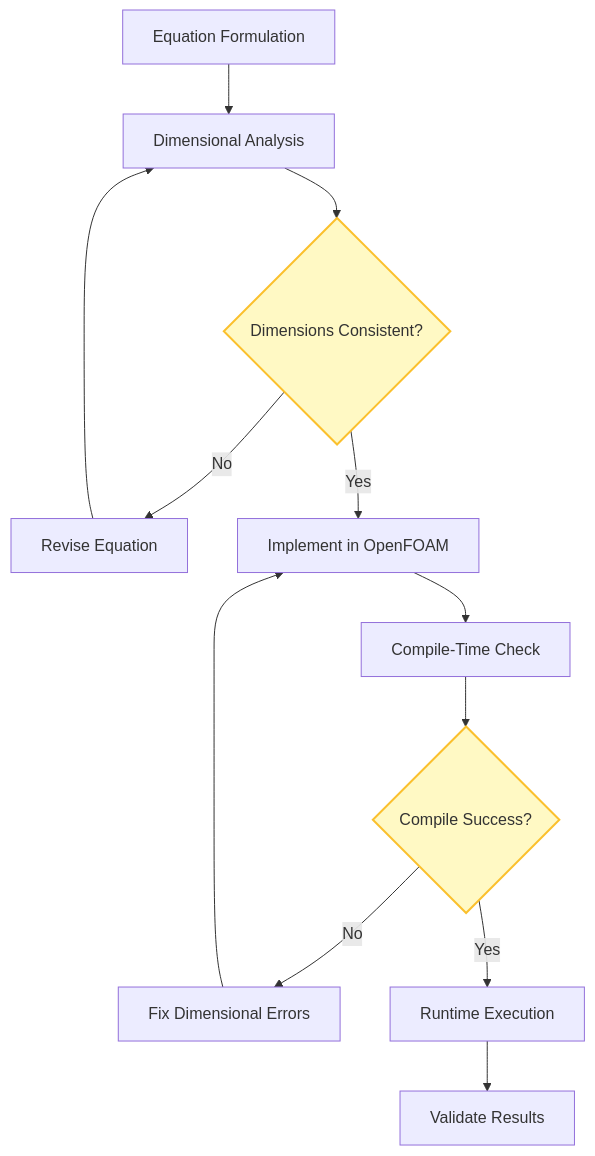
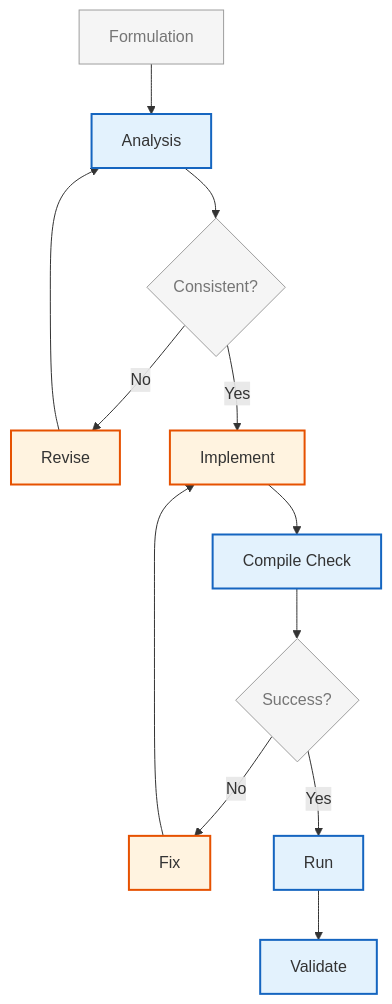
One commit to wramet/build-my-cfd changed the second of 2 diagrams in MODULE_05_OPENFOAM_PROGRAMMING/CONTENT/12_DIMENSIONAL_ANALYSIS/05_Advanced_Applications.md. Above: the diagram before and after it, drawn with Mermaid. The commit also changed other lines of this file and 313 other files, not shown here.

Commit message:
Revise all diagram

````diff
--- a/MODULE_05_OPENFOAM_PROGRAMMING/CONTENT/12_DIMENSIONAL_ANALYSIS/05_Advanced_Applications.md
+++ b/MODULE_05_OPENFOAM_PROGRAMMING/CONTENT/12_DIMENSIONAL_ANALYSIS/05_Advanced_Applications.md
@@ -638,17 +641,19 @@
 ```mermaid
 flowchart TD
-    A[Equation Formulation] --> B[Dimensional Analysis]
-    B --> C{Dimensions Consistent?}
-    C -->|No| D[Revise Equation]
-    D --> B
-    C -->|Yes| E[Implement in OpenFOAM]
-    E --> F[Compile-Time Check]
-    F --> G{Compile Success?}
-    G -->|No| H[Fix Dimensional Errors]
-    H --> E
-    G -->|Yes| I[Runtime Execution]
-    I --> J[Validate Results]
-
-    style C fill:#fff9c4,stroke:#fbc02d,stroke-width:2px
-    style G fill:#fff9c4,stroke:#fbc02d,stroke-width:2px
+%% Classes
+classDef explicit fill:#fff3e0,stroke:#e65100,stroke-width:2px;
+classDef implicit fill:#e3f2fd,stroke:#1565c0,stroke-width:2px;
+classDef context fill:#f5f5f5,stroke:#9e9e9e,stroke-width:1px,color:#757575;
+%% Nodes
+A[Formulation]:::context --> B[Analysis]:::implicit
+B --> C{Consistent?}:::context
+C -->|No| D[Revise]:::explicit
+D --> B
+C -->|Yes| E[Implement]:::explicit
+E --> F[Compile Check]:::implicit
+F --> G{Success?}:::context
+G -->|No| H[Fix]:::explicit
+H --> E
+G -->|Yes| I[Run]:::implicit
+I --> J[Validate]:::implicit
 ```
````
